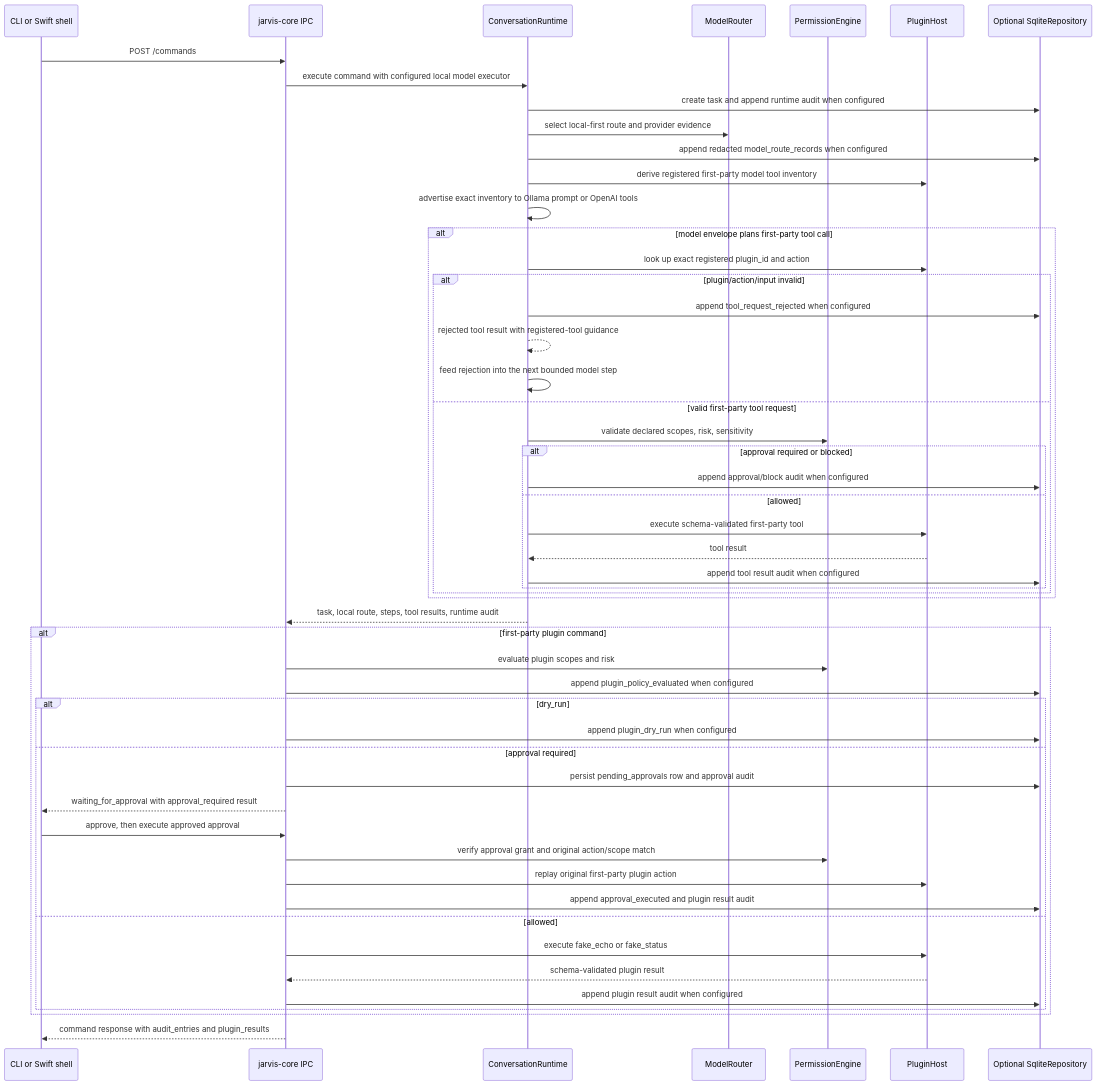
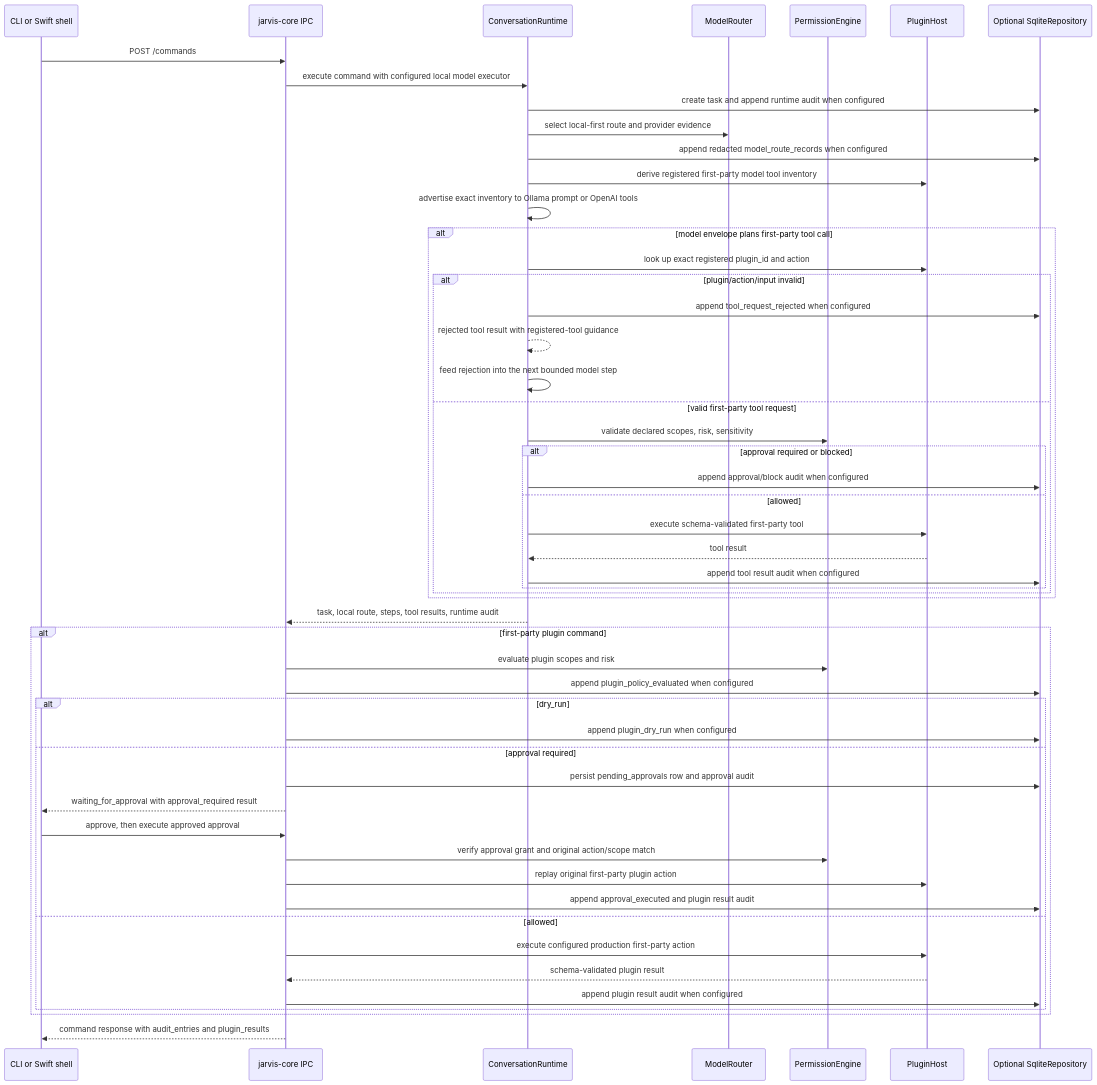
Before and after one commit to malak333/Assemblywright: the fourth of 6 diagrams in docs/architecture-map.md, drawn with Mermaid. The commit also changed other lines of this file and 25 other files, not shown here.

````diff
--- a/docs/architecture-map.md
+++ b/docs/architecture-map.md
@@ -690,55 +694,55 @@
 ```mermaid
 sequenceDiagram
     participant Client as CLI or Swift shell
     participant IPC as jarvis-core IPC
     participant Runtime as ConversationRuntime
     participant Router as ModelRouter
     participant Policy as PermissionEngine
     participant Plugins as PluginHost
     participant Store as Optional SqliteRepository
 
     Client->>IPC: POST /commands
     IPC->>Runtime: execute command with configured local model executor
     Runtime->>Store: create task and append runtime audit when configured
     Runtime->>Router: select local-first route and provider evidence
     Runtime->>Store: append redacted model_route_records when configured
     Runtime->>Plugins: derive registered first-party model tool inventory
     Runtime->>Runtime: advertise exact inventory to Ollama prompt or OpenAI tools
     alt model envelope plans first-party tool call
         Runtime->>Plugins: look up exact registered plugin_id and action
         alt plugin/action/input invalid
             Runtime->>Store: append tool_request_rejected when configured
             Runtime-->>Runtime: rejected tool result with registered-tool guidance
             Runtime->>Runtime: feed rejection into the next bounded model step
         else valid first-party tool request
         Runtime->>Policy: validate declared scopes, risk, sensitivity
         alt approval required or blocked
             Runtime->>Store: append approval/block audit when configured
         else allowed
             Runtime->>Plugins: execute schema-validated first-party tool
             Plugins-->>Runtime: tool result
             Runtime->>Store: append tool result audit when configured
         end
         end
     end
     Runtime-->>IPC: task, local route, steps, tool results, runtime audit
     alt first-party plugin command
         IPC->>Policy: evaluate plugin scopes and risk
         IPC->>Store: append plugin_policy_evaluated when configured
         alt dry_run
             IPC->>Store: append plugin_dry_run when configured
         else approval required
             IPC->>Store: persist pending_approvals row and approval audit
             IPC-->>Client: waiting_for_approval with approval_required result
             Client->>IPC: approve, then execute approved approval
             IPC->>Policy: verify approval grant and original action/scope match
             IPC->>Plugins: replay original first-party plugin action
             IPC->>Store: append approval_executed and plugin result audit
         else allowed
-            IPC->>Plugins: execute fake_echo or fake_status
+            IPC->>Plugins: execute configured production first-party action
             Plugins-->>IPC: schema-validated plugin result
             IPC->>Store: append plugin result audit when configured
         end
     end
     IPC-->>Client: command response with audit_entries and plugin_results
 ```
````
